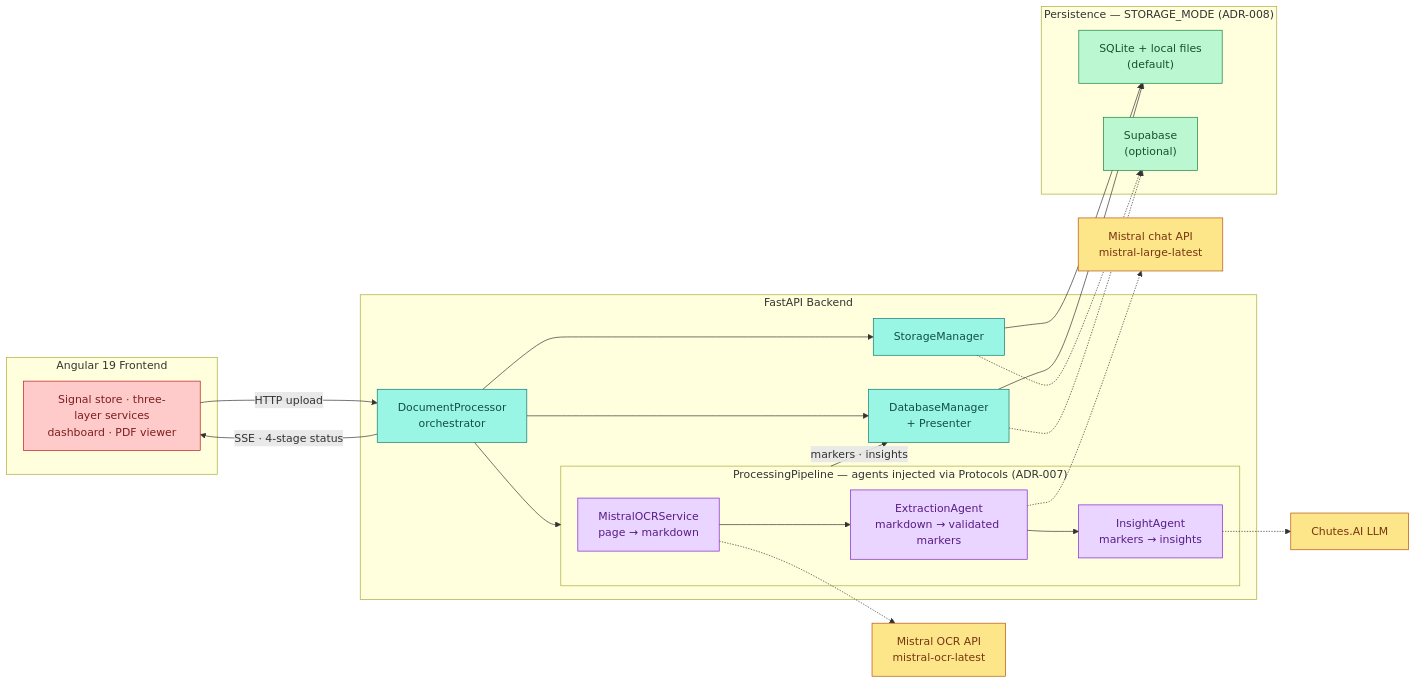
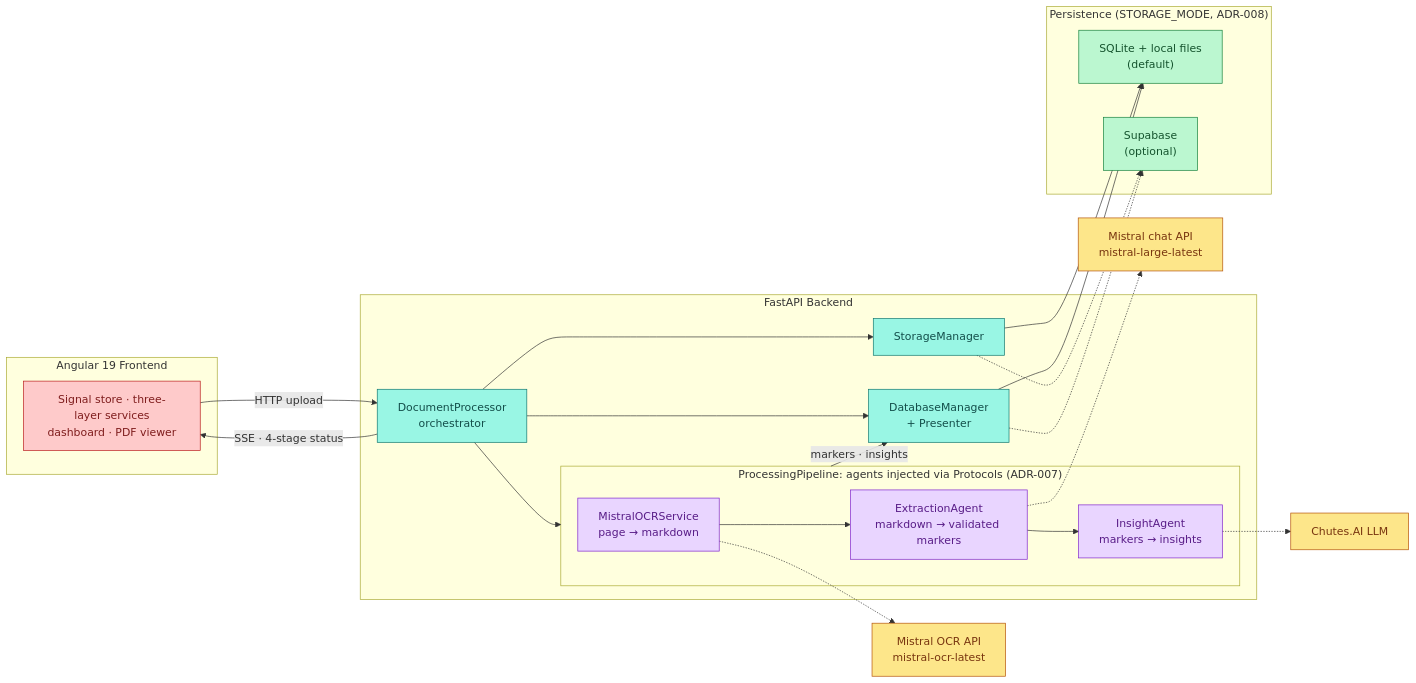
The diagram in README.md (ggustin93/agentic-lab-analyzer), drawn with Mermaid before and after one commit. The commit also changed other lines of this file and 36 other files, not shown here.

````diff
--- a/README.md
+++ b/README.md
@@ -63,43 +63,43 @@
 ```mermaid
 flowchart LR
     subgraph Frontend["Angular 19 Frontend"]
         UI["Signal store · three-layer services<br/>dashboard · PDF viewer"]
     end
     subgraph Backend["FastAPI Backend"]
         DP["DocumentProcessor<br/>orchestrator"]
         SM["StorageManager"]
         DM["DatabaseManager<br/>+ Presenter"]
-        subgraph PP["ProcessingPipeline — agents injected via Protocols (ADR-007)"]
+        subgraph PP["ProcessingPipeline: agents injected via Protocols (ADR-007)"]
             OCR["MistralOCRService<br/>page → markdown"] --> EXT["ExtractionAgent<br/>markdown → validated markers"] --> INS["InsightAgent<br/>markers → insights"]
         end
     end
-    subgraph Persistence["Persistence — STORAGE_MODE (ADR-008)"]
+    subgraph Persistence["Persistence (STORAGE_MODE, ADR-008)"]
         DB["SQLite + local files<br/>(default)"]
         ST["Supabase<br/>(optional)"]
     end
     UI -- "HTTP upload" --> DP
     DP -- "SSE · 4-stage status" --> UI
     DP --> SM
     DP --> DM
     DP --> PP
     PP -- "markers · insights" --> DM
     SM --> DB
     DM --> DB
     SM -.-> ST
     DM -.-> ST
     OCR -.-> M1["Mistral OCR API<br/>mistral-ocr-latest"]
     EXT -.-> M2["Mistral chat API<br/>mistral-large-latest"]
     INS -.-> M3["Chutes.AI LLM"]
 
     classDef frontend fill:#fecaca,stroke:#b91c1c,color:#7f1d1d
     classDef backend fill:#99f6e4,stroke:#0f766e,color:#134e4a
     classDef agents fill:#e9d5ff,stroke:#7e22ce,color:#581c87
     classDef external fill:#fde68a,stroke:#b45309,color:#78350f
     classDef data fill:#bbf7d0,stroke:#15803d,color:#14532d
 
     class UI frontend
     class DP,SM,DM backend
     class OCR,EXT,INS agents
     class M1,M2,M3 external
     class DB,ST data
 ```
````
